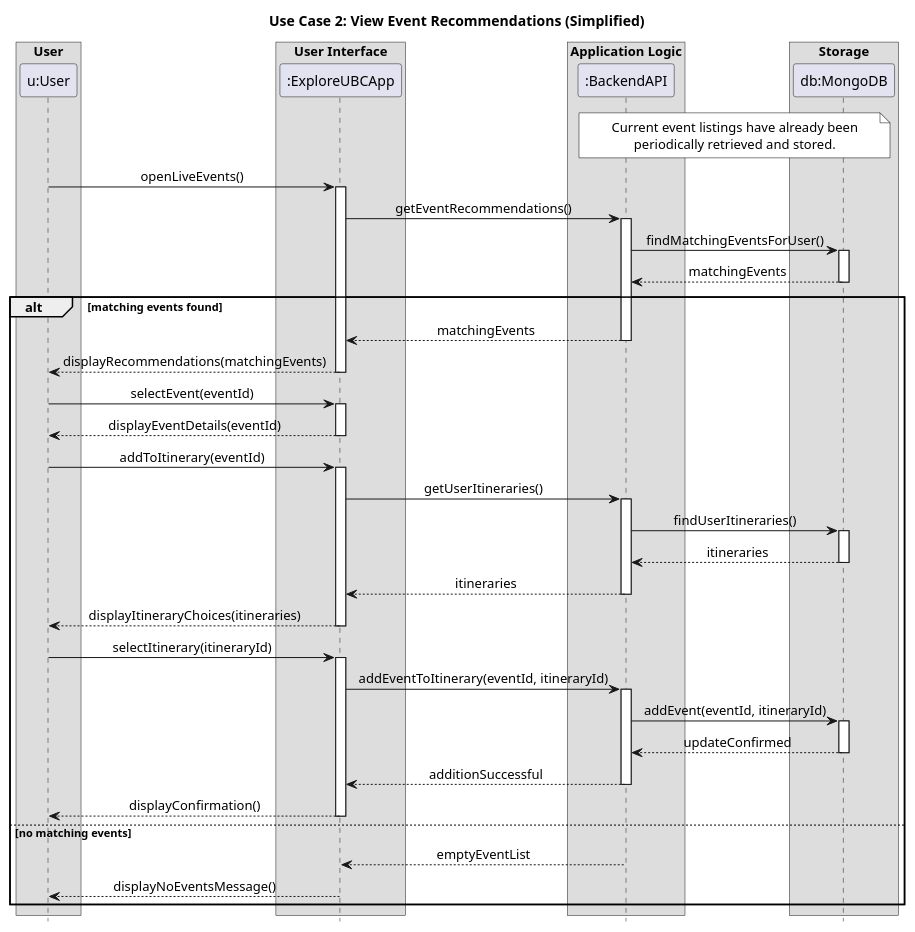
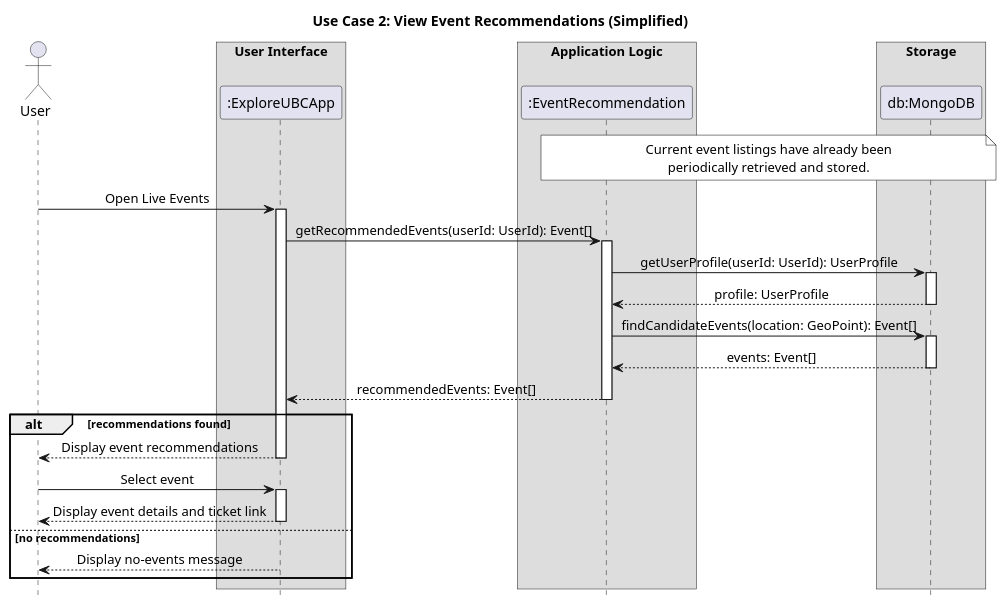
One commit to islamhampriv/ExploreUBC changed the diagram in documentation/images/view_events_simplified.puml. Above: the diagram before and after it, drawn with PlantUML. The commit also changed 1 other file, not shown here.

Commit message:
docs: update sequence diagram for event recommendation

```diff
--- a/documentation/images/view_events_simplified.puml
+++ b/documentation/images/view_events_simplified.puml
@@ -1,89 +1,66 @@
 @startuml
 title Use Case 2: View Event Recommendations (Simplified)
 
 skinparam ArrowFontStyle plain
 skinparam ParticipantStyle rectangle
 skinparam Shadowing false
 skinparam DefaultTextAlignment center
 skinparam SequenceMessageAlign center
 skinparam SequenceBoxFontSize 15
 skinparam SequenceBoxPadding 0
 skinparam FontName Arial
 skinparam NoteBackgroundColor white
 skinparam NoteBorderColor black
 hide footbox
 
-box "User"
-participant "u:User" as User
-end box
+actor User
 
 box "User Interface"
 participant ":ExploreUBCApp" as App
 end box
 
 box "Application Logic"
-participant ":BackendAPI" as Backend
+participant ":EventRecommendation" as EventRecommendation
 end box
 
 box "Storage"
 participant "db:MongoDB" as DB
 end box
 
-note over Backend, DB
+note over EventRecommendation, DB
 Current event listings have already been
 periodically retrieved and stored.
 end note
 
-User -> App : openLiveEvents()
+User -> App : Open Live Events
 activate App
-App -> Backend : getEventRecommendations()
-activate Backend
-Backend -> DB : findMatchingEventsForUser()
+App -> EventRecommendation : getRecommendedEvents(userId: UserId): Event[]
+activate EventRecommendation
+
+EventRecommendation -> DB : getUserProfile(userId: UserId): UserProfile
 activate DB
-DB --> Backend : matchingEvents
+DB --> EventRecommendation : profile: UserProfile
 deactivate DB
 
-alt matching events found
-    Backend --> App : matchingEvents
-    deactivate Backend
-    App --> User : displayRecommendations(matchingEvents)
+EventRecommendation -> DB : findCandidateEvents(location: GeoPoint): Event[]
+activate DB
+DB --> EventRecommendation : events: Event[]
+deactivate DB
+
+EventRecommendation --> App : recommendedEvents: Event[]
+deactivate EventRecommendation
+
+alt recommendations found
+    App --> User : Display event recommendations
     deactivate App
 
-    User -> App : selectEvent(eventId)
+    User -> App : Select event
     activate App
-    App --> User : displayEventDetails(eventId)
+    App --> User : Display event details and ticket link
     deactivate App
-
-    User -> App : addToItinerary(eventId)
-    activate App
-    App -> Backend : getUserItineraries()
-    activate Backend
-    Backend -> DB : findUserItineraries()
-    activate DB
-    DB --> Backend : itineraries
-    deactivate DB
-    Backend --> App : itineraries
-    deactivate Backend
-    App --> User : displayItineraryChoices(itineraries)
-    deactivate App
-
-    User -> App : selectItinerary(itineraryId)
-    activate App
-    App -> Backend : addEventToItinerary(eventId, itineraryId)
-    activate Backend
-    Backend -> DB : addEvent(eventId, itineraryId)
-    activate DB
-    DB --> Backend : updateConfirmed
-    deactivate DB
-    Backend --> App : additionSuccessful
-    deactivate Backend
-    App --> User : displayConfirmation()
-    deactivate App
-else no matching events
-    Backend --> App : emptyEventList
-    deactivate Backend
-    App --> User : displayNoEventsMessage()
+else no recommendations
+    App --> User : Display no-events message
     deactivate App
 end
 
 @enduml
```
